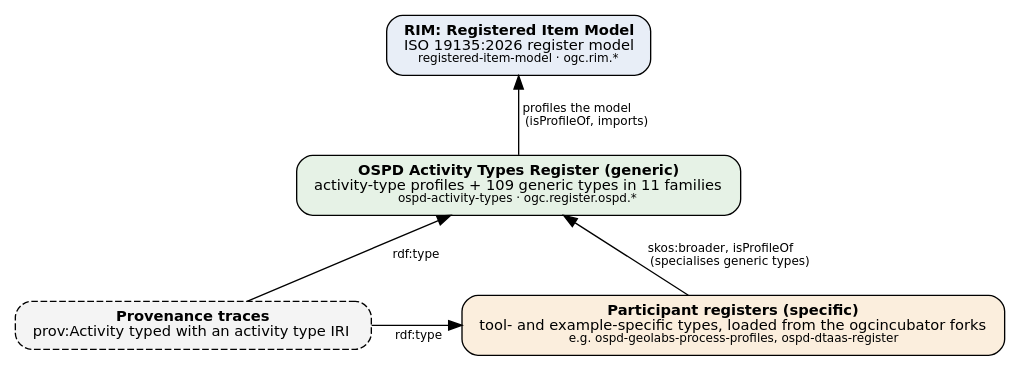
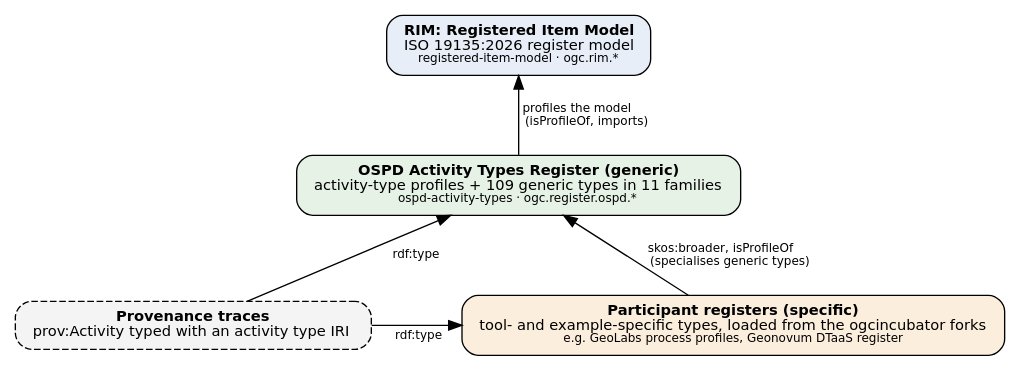
Before and after one commit to ogcincubator/ospd-activity-types: the diagram in docs/img/layers.dot, drawn with Graphviz. The commit also changed 3 other files, not shown here.

```diff
--- a/docs/img/layers.dot
+++ b/docs/img/layers.dot
@@ -1,14 +1,14 @@
 digraph G {
   rankdir=BT; nodesep=0.35; ranksep=0.55;
   node [shape=box, style="rounded,filled", fontname="DejaVu Sans", fontsize=11, margin="0.18,0.10"];
   edge [fontname="DejaVu Sans", fontsize=9];
   rim [fillcolor="#e8eef7", label=<<B>RIM: Registered Item Model</B><BR/>ISO 19135:2026 register model<BR/><FONT POINT-SIZE="9">registered-item-model · ogc.rim.*</FONT>>];
   gen [fillcolor="#e6f2e6", label=<<B>OSPD Activity Types Register (generic)</B><BR/>activity-type profiles + 109 generic types in 11 families<BR/><FONT POINT-SIZE="9">ospd-activity-types · ogc.register.ospd.*</FONT>>];
-  spec [fillcolor="#fbeedd", label=<<B>Participant registers (specific)</B><BR/>tool- and example-specific types, loaded from the ogcincubator forks<BR/><FONT POINT-SIZE="9">e.g. ospd-geolabs-process-profiles, ospd-dtaas-register</FONT>>];
+  spec [fillcolor="#fbeedd", label=<<B>Participant registers (specific)</B><BR/>tool- and example-specific types, loaded from the ogcincubator forks<BR/><FONT POINT-SIZE="9">e.g. GeoLabs process profiles, Geonovum DTaaS register</FONT>>];
   trace [fillcolor="#f4f4f4", style="rounded,filled,dashed", label=<<B>Provenance traces</B><BR/>prov:Activity typed with an activity type IRI>];
   gen -> rim [label="  profiles the model\l  (isProfileOf, imports)"];
   spec -> gen [label="  skos:broader, isProfileOf\l  (specialises generic types)"];
   trace -> spec [label="  rdf:type"];
   trace -> gen [label="  rdf:type"];
   {rank=same; spec; trace}
 }
```
